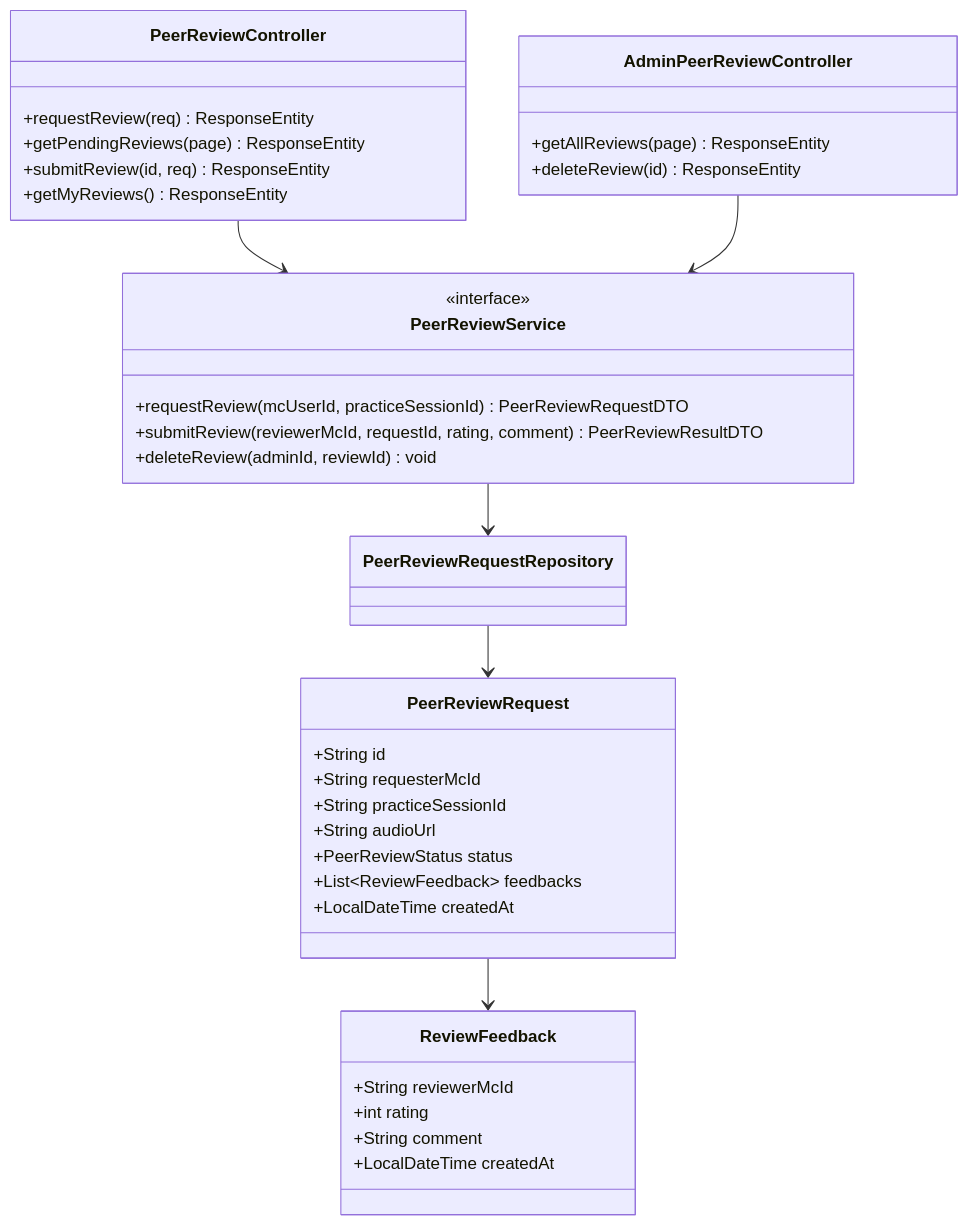
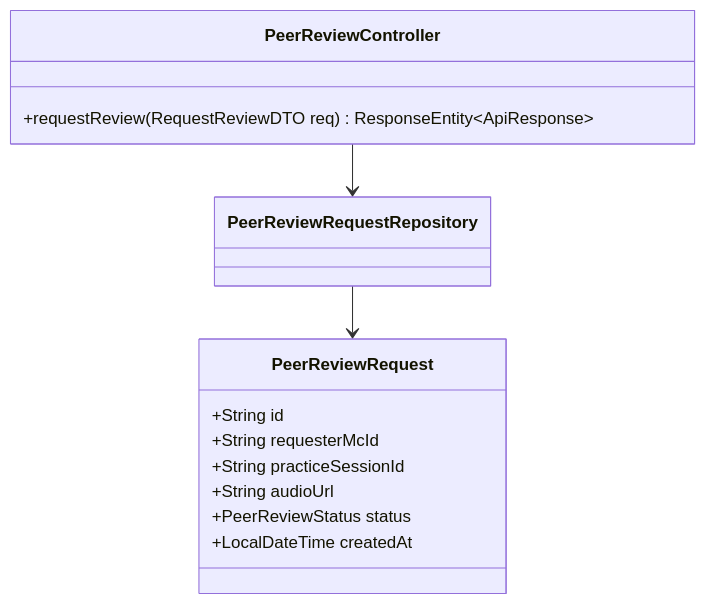
Before and after one commit to The-MC-Hub/MC_Voice_Training_Backend: the first of 10 diagrams in docs/use-cases/UC-13-peer-review.md, drawn with Mermaid. The commit also changed other lines of this file and 12 other files, not shown here.

Commit message:
docs(use-cases): fully expand all sub-use-cases across all 13 UC files with dedicated Class Diagrams, Sequence Diagrams, and Unit Tests

````diff
--- a/docs/use-cases/UC-13-peer-review.md
+++ b/docs/use-cases/UC-13-peer-review.md
@@ -28,44 +15,16 @@
 ```mermaid
 classDiagram
     class PeerReviewController {
-        +requestReview(req) ResponseEntity
-        +getPendingReviews(page) ResponseEntity
-        +submitReview(id, req) ResponseEntity
-        +getMyReviews() ResponseEntity
+        +requestReview(RequestReviewDTO req) ResponseEntity~ApiResponse~
     }
-
-    class AdminPeerReviewController {
-        +getAllReviews(page) ResponseEntity
-        +deleteReview(id) ResponseEntity
-    }
-
-    class PeerReviewService {
-        <<interface>>
-        +requestReview(mcUserId, practiceSessionId) PeerReviewRequestDTO
-        +submitReview(reviewerMcId, requestId, rating, comment) PeerReviewResultDTO
-        +deleteReview(adminId, reviewId) void
-    }
-
     class PeerReviewRequest {
         +String id
         +String requesterMcId
         +String practiceSessionId
         +String audioUrl
         +PeerReviewStatus status
-        +List~ReviewFeedback~ feedbacks
         +LocalDateTime createdAt
     }
-
-    class ReviewFeedback {
-        +String reviewerMcId
-        +int rating
-        +String comment
-        +LocalDateTime createdAt
-    }
-
-    PeerReviewController --> PeerReviewService
-    AdminPeerReviewController --> PeerReviewService
-    PeerReviewService --> PeerReviewRequestRepository
+    PeerReviewController --> PeerReviewRequestRepository
     PeerReviewRequestRepository --> PeerReviewRequest
-    PeerReviewRequest --> ReviewFeedback
 ```
````
